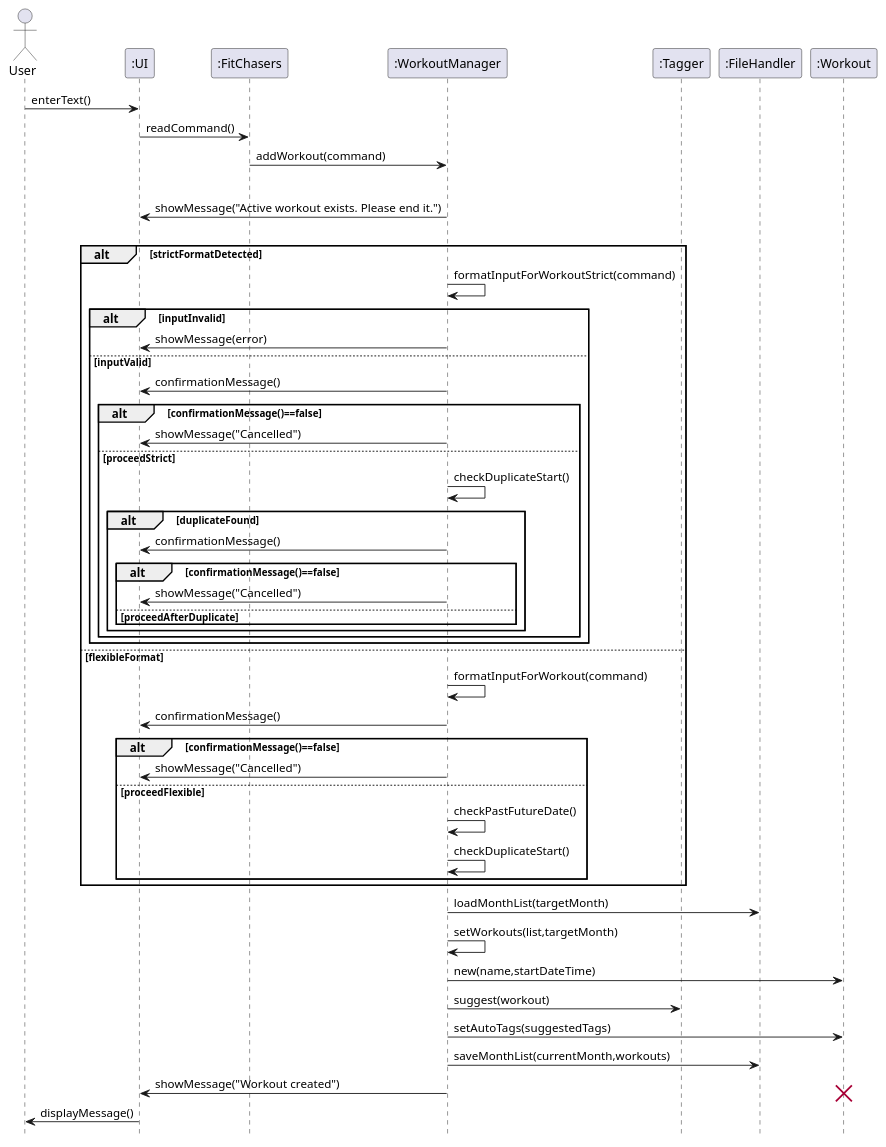
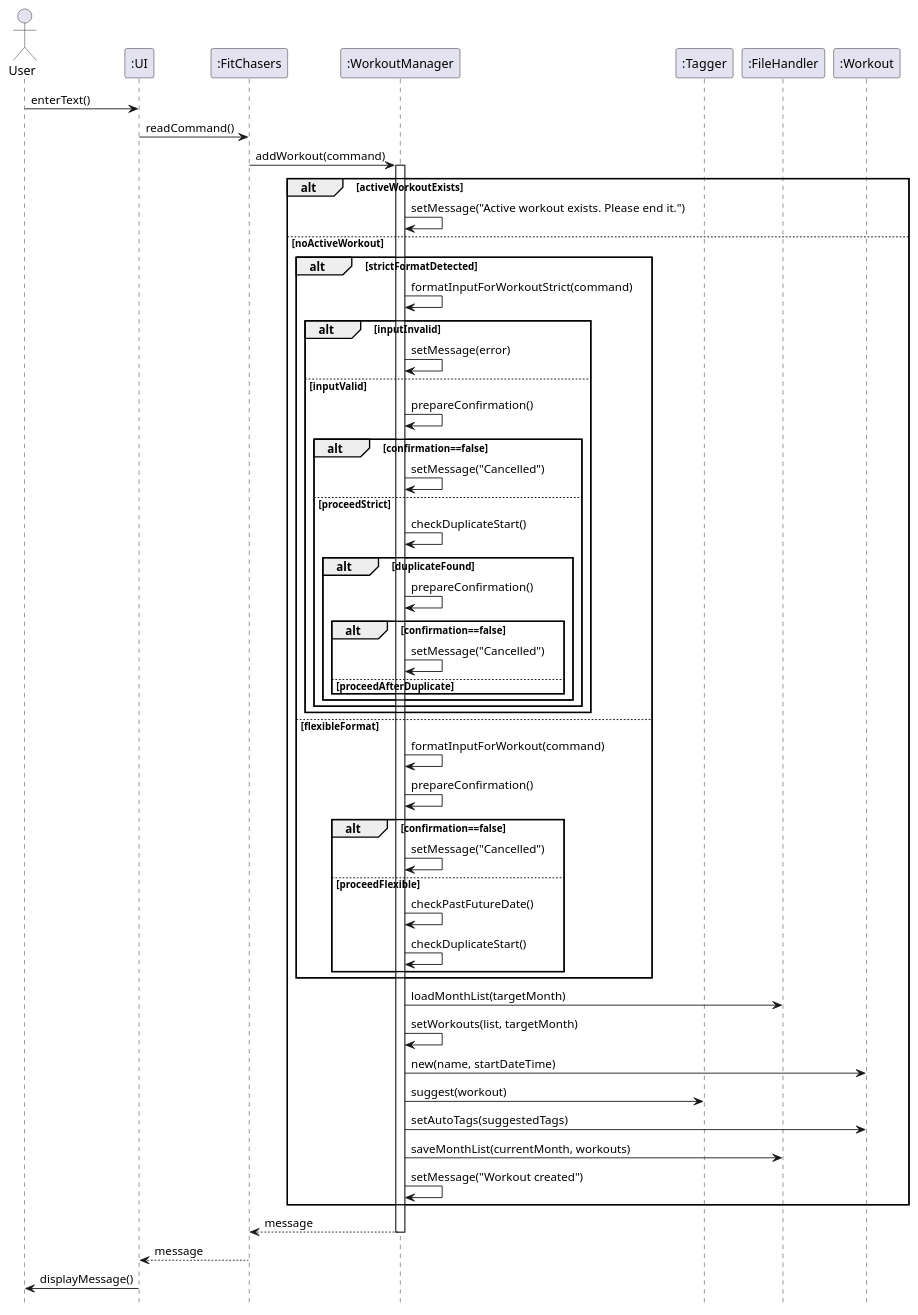
The diagram in docs/diagrams/SD_createw.puml (Exceptional-Khoi/tp), drawn with PlantUML before and after one commit. The commit also changed 9 other files, not shown here.

Commit message:
Added object diagrams

```diff
--- a/docs/diagrams/SD_createw.puml
+++ b/docs/diagrams/SD_createw.puml
@@ -1,65 +1,69 @@
 @startuml
 ' Rectangles + minimal chrome
 skinparam sequenceParticipantType rectangle
 skinparam shadowing false
 skinparam responseMessageBelowArrow true
 hide footbox
 
 actor    User
 participant ":UI" as UI
 participant ":FitChasers" as App
 participant ":WorkoutManager" as WM
 participant ":Tagger" as Tagger
 participant ":FileHandler" as FH
 participant ":Workout" as W
 
 User -> UI : enterText()
 UI -> App : readCommand()
 App -> WM : addWorkout(command)
+activate WM
 
 alt activeWorkoutExists
-  WM -> UI : showMessage("Active workout exists. Please end it.")
+  WM -> WM : setMessage("Active workout exists. Please end it.")
 else noActiveWorkout
   alt strictFormatDetected
     WM -> WM : formatInputForWorkoutStrict(command)
     alt inputInvalid
-      WM -> UI : showMessage(error)
+      WM -> WM : setMessage(error)
     else inputValid
-      WM -> UI : confirmationMessage()
-      alt confirmationMessage()==false
-        WM -> UI : showMessage("Cancelled")
+      WM -> WM : prepareConfirmation()
+      alt confirmation==false
+        WM -> WM : setMessage("Cancelled")
       else proceedStrict
         WM -> WM : checkDuplicateStart()
         alt duplicateFound
-          WM -> UI : confirmationMessage()
-          alt confirmationMessage()==false
-            WM -> UI : showMessage("Cancelled")
+          WM -> WM : prepareConfirmation()
+          alt confirmation==false
+            WM -> WM : setMessage("Cancelled")
           else proceedAfterDuplicate
           end
         end
       end
     end
   else flexibleFormat
     WM -> WM : formatInputForWorkout(command)
-    WM -> UI : confirmationMessage()
-    alt confirmationMessage()==false
-      WM -> UI : showMessage("Cancelled")
+    WM -> WM : prepareConfirmation()
+    alt confirmation==false
+      WM -> WM : setMessage("Cancelled")
     else proceedFlexible
       WM -> WM : checkPastFutureDate()
       WM -> WM : checkDuplicateStart()
     end
   end
 
-WM -> FH : loadMonthList(targetMonth)
-WM -> WM : setWorkouts(list,targetMonth)
-WM -> W : new(name,startDateTime)
-WM -> Tagger : suggest(workout)
-WM -> W : setAutoTags(suggestedTags)
-WM -> FH : saveMonthList(currentMonth,workouts)
-WM -> UI : showMessage("Workout created")
+  ' --- Persist + tagging on success paths ---
+  WM -> FH : loadMonthList(targetMonth)
+  WM -> WM : setWorkouts(list, targetMonth)
+  WM -> W : new(name, startDateTime)
+  WM -> Tagger : suggest(workout)
+  WM -> W : setAutoTags(suggestedTags)
+  WM -> FH : saveMonthList(currentMonth, workouts)
+  WM -> WM : setMessage("Workout created")
+end
 
-' Deletion: lifeline ends exactly here (no calls to W afterwards)
-destroy W
+WM --> App : message
+deactivate WM
 
+App --> UI : message
 UI -> User : displayMessage()
 @enduml
```
